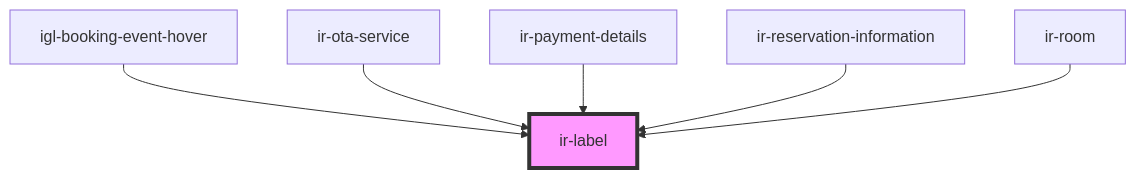
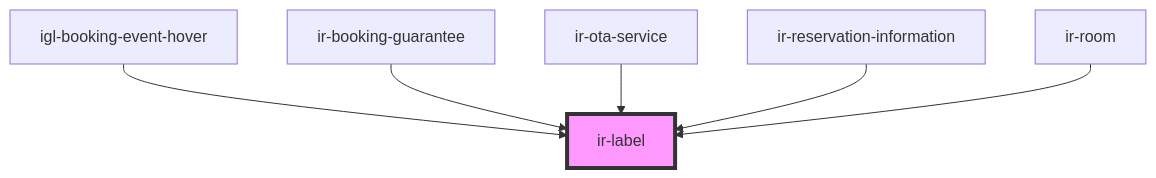
Before and after one commit to David1Chowaifaty/modified-ir-webcmp: the diagram in src/components/ui/ir-label/readme.md, drawn with Mermaid. The commit also changed other lines of this file and 50 other files, not shown here.

````diff
--- a/src/components/ui/ir-label/readme.md
+++ b/src/components/ui/ir-label/readme.md
@@ -35,9 +35,9 @@
 ```mermaid
 graph TD;
   igl-booking-event-hover --> ir-label
+  ir-booking-guarantee --> ir-label
   ir-ota-service --> ir-label
-  ir-payment-details --> ir-label
   ir-reservation-information --> ir-label
   ir-room --> ir-label
   style ir-label fill:#f9f,stroke:#333,stroke-width:4px
 ```
````
